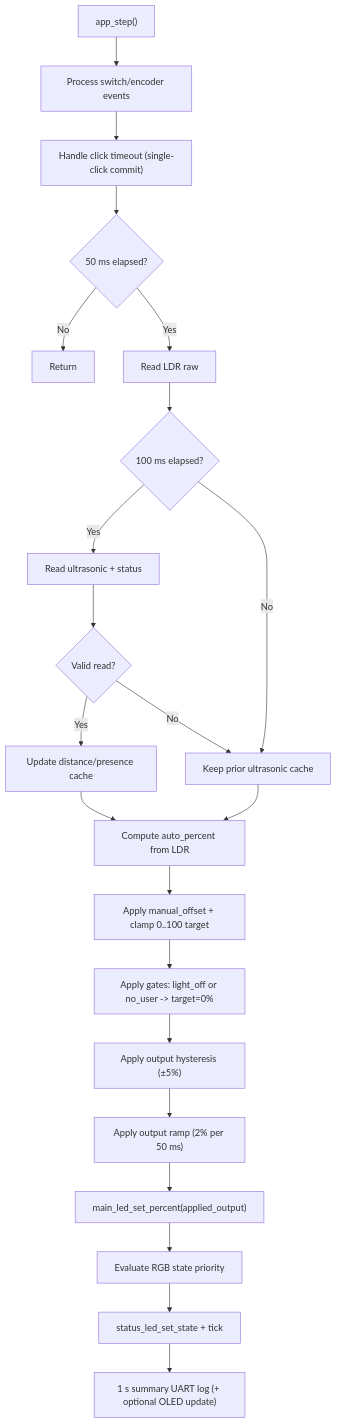
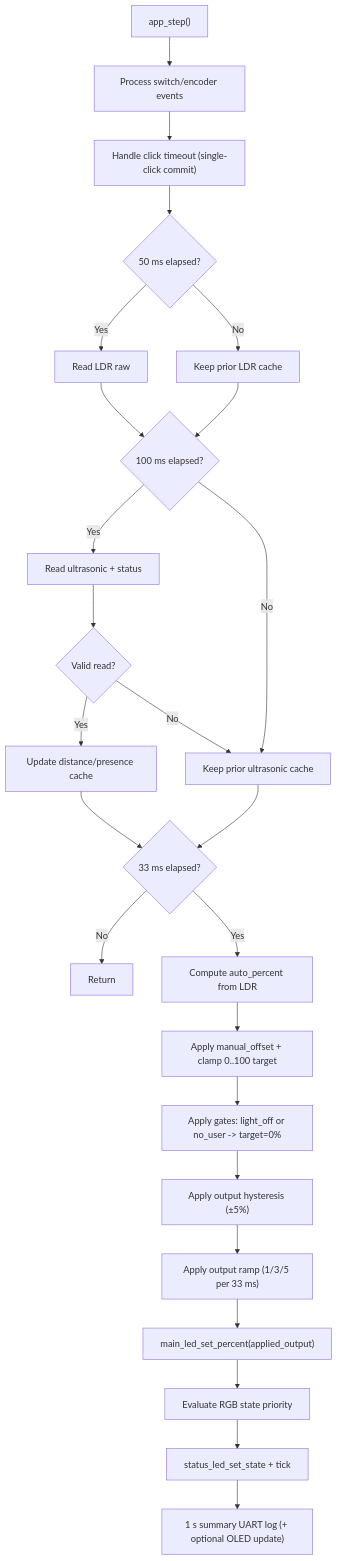
Before and after one commit to RJTPP/S-ADAPT-IoT: the first of 2 diagrams in docs/architecture/business-logic.md, drawn with Mermaid. The commit also changed other lines of this file and 3 other files, not shown here.

````diff
--- a/docs/architecture/business-logic.md
+++ b/docs/architecture/business-logic.md
@@ -40,24 +40,27 @@
 ```mermaid
 flowchart TD
     A["app_step()"] --> B["Process switch/encoder events"]
     B --> C["Handle click timeout (single-click commit)"]
     C --> D{"50 ms elapsed?"}
-    D -- "No" --> E["Return"]
-    D -- "Yes" --> F["Read LDR raw"]
-    F --> G{"100 ms elapsed?"}
+    D -- "Yes" --> E["Read LDR raw"]
+    D -- "No" --> F["Keep prior LDR cache"]
+    E --> G{"100 ms elapsed?"}
+    F --> G
     G -- "Yes" --> H["Read ultrasonic + status"]
     G -- "No" --> I["Keep prior ultrasonic cache"]
     H --> J{"Valid read?"}
     J -- "Yes" --> K["Update distance/presence cache"]
     J -- "No" --> I
-    K --> L["Compute auto_percent from LDR"]
+    K --> L{"33 ms elapsed?"}
     I --> L
-    L --> M["Apply manual_offset + clamp 0..100 target"]
-    M --> N["Apply gates: light_off or no_user -> target=0%"]
-    N --> O["Apply output hysteresis (±5%)"]
-    O --> P["Apply output ramp (2% per 50 ms)"]
-    P --> Q["main_led_set_percent(applied_output)"]
-    Q --> R["Evaluate RGB state priority"]
-    R --> S["status_led_set_state + tick"]
-    S --> T["1 s summary UART log (+ optional OLED update)"]
+    L -- "No" --> M["Return"]
+    L -- "Yes" --> N["Compute auto_percent from LDR"]
+    N --> O["Apply manual_offset + clamp 0..100 target"]
+    O --> P["Apply gates: light_off or no_user -> target=0%"]
+    P --> Q["Apply output hysteresis (±5%)"]
+    Q --> R["Apply output ramp (1/3/5 per 33 ms)"]
+    R --> S["main_led_set_percent(applied_output)"]
+    S --> T["Evaluate RGB state priority"]
+    T --> U["status_led_set_state + tick"]
+    U --> V["1 s summary UART log (+ optional OLED update)"]
 ```
````
